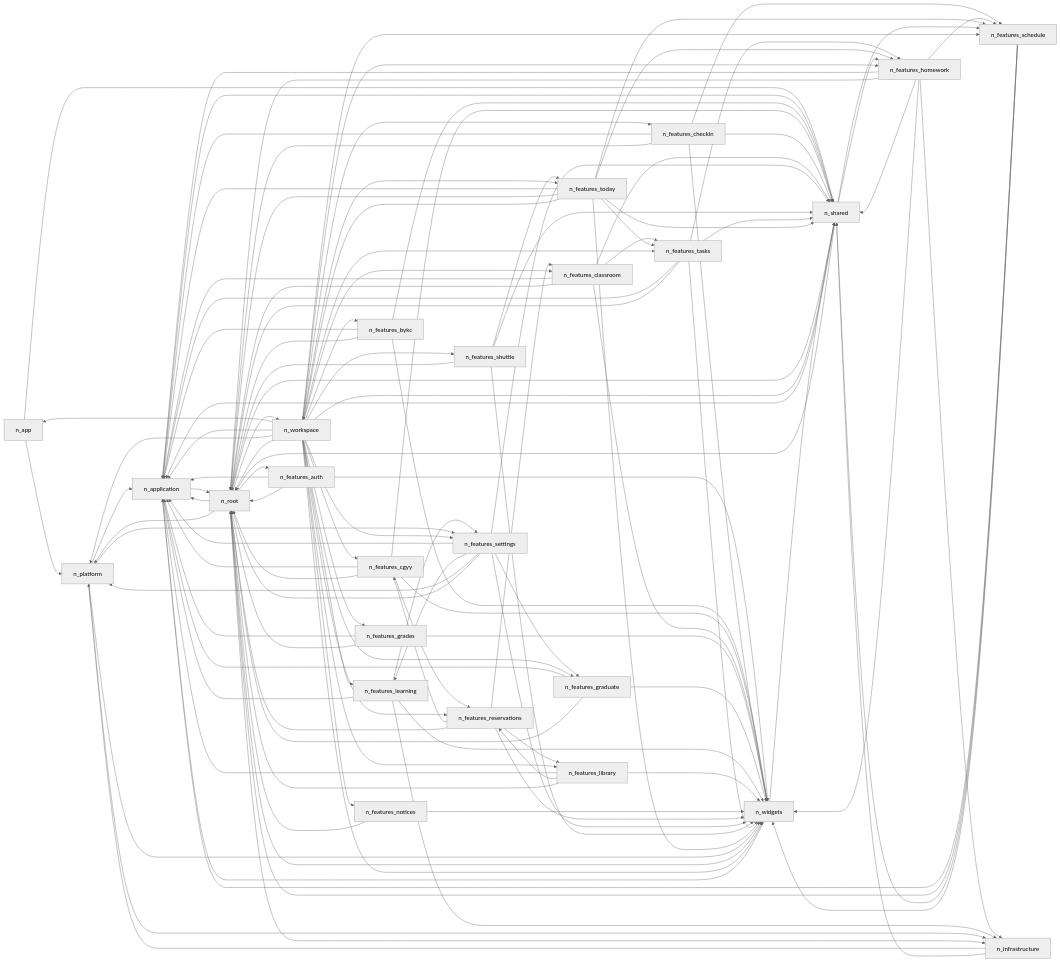
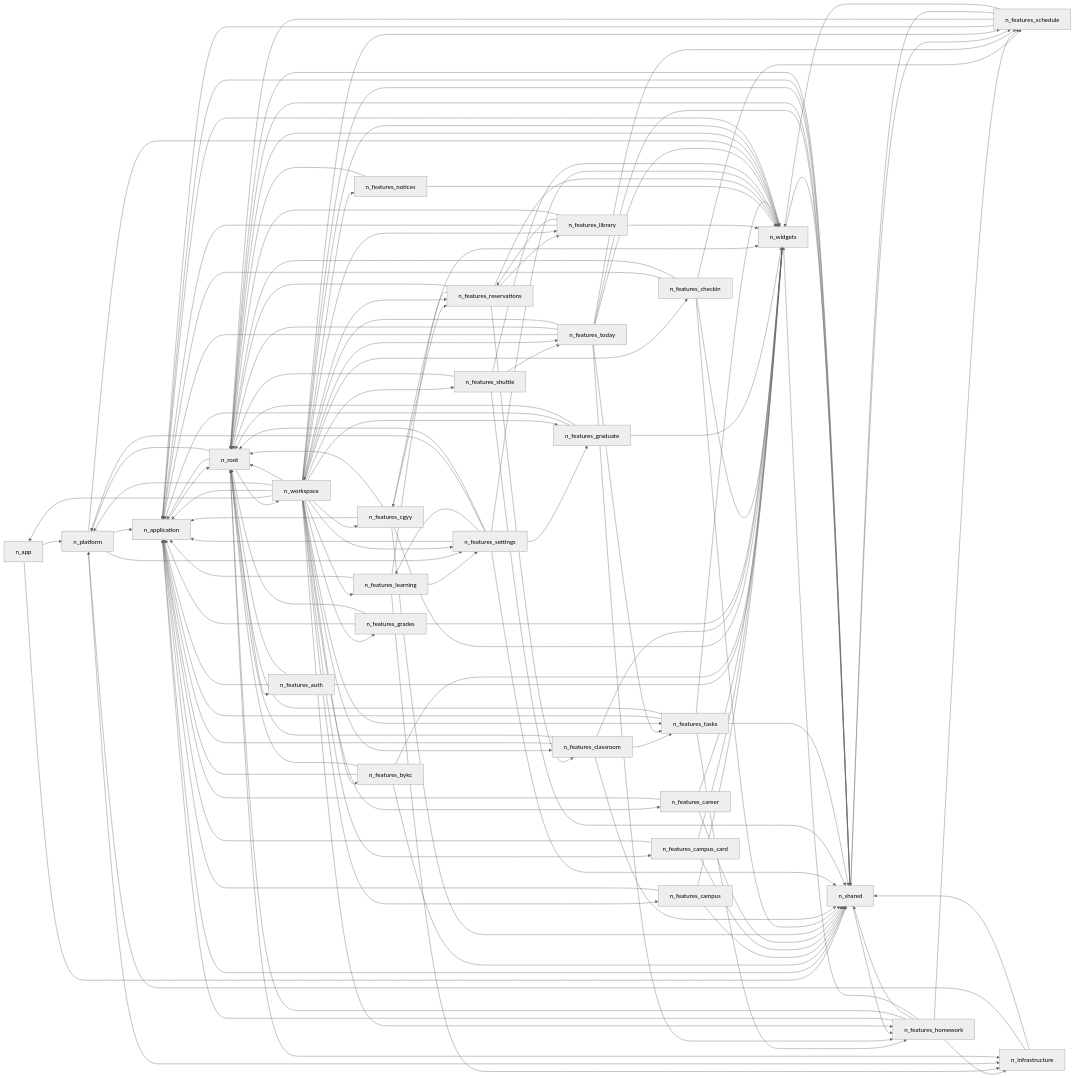
Before and after one commit to JUANWANG-BUAA/ginkgo: the second of 2 diagrams in docs/interfaces/DEPENDENCY-GRAPH.md, drawn with Mermaid (neutral theme). The commit also changed other lines of this file and 159 other files, not shown here.

```diff
--- a/docs/interfaces/DEPENDENCY-GRAPH.md
+++ b/docs/interfaces/DEPENDENCY-GRAPH.md
@@ -200,6 +218,15 @@
   n_features_bykc --> n_root
   n_features_bykc --> n_shared
   n_features_bykc --> n_widgets
+  n_features_campus --> n_application
+  n_features_campus --> n_shared
+  n_features_campus --> n_widgets
+  n_features_campus_card --> n_application
+  n_features_campus_card --> n_shared
+  n_features_campus_card --> n_widgets
+  n_features_career --> n_application
+  n_features_career --> n_shared
+  n_features_career --> n_widgets
   n_features_cgyy --> n_application
   n_features_cgyy --> n_features_reservations
   n_features_cgyy --> n_root
@@ -292,6 +319,9 @@
   n_workspace --> n_app
   n_workspace --> n_application
   n_workspace --> n_features_bykc
+  n_workspace --> n_features_campus
+  n_workspace --> n_features_campus_card
+  n_workspace --> n_features_career
   n_workspace --> n_features_cgyy
   n_workspace --> n_features_checkin
   n_workspace --> n_features_classroom
```
